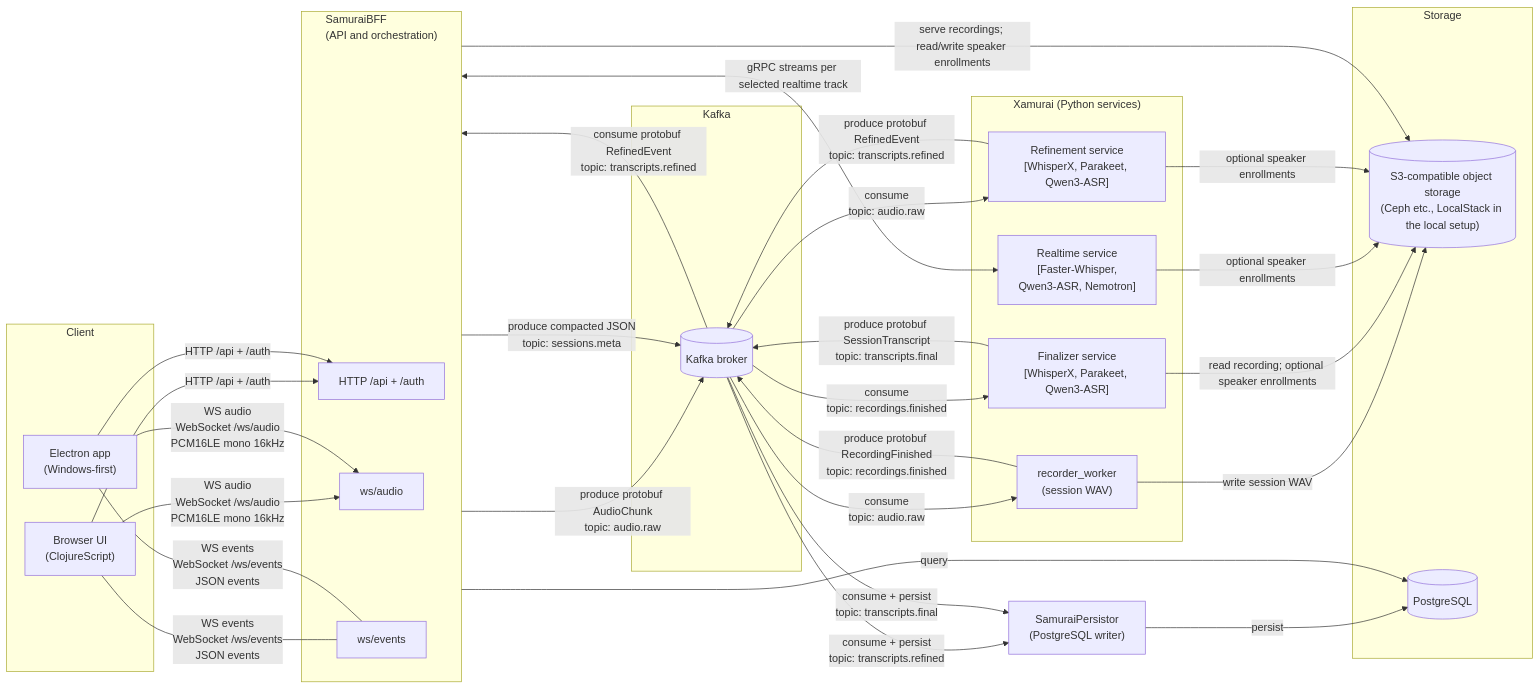
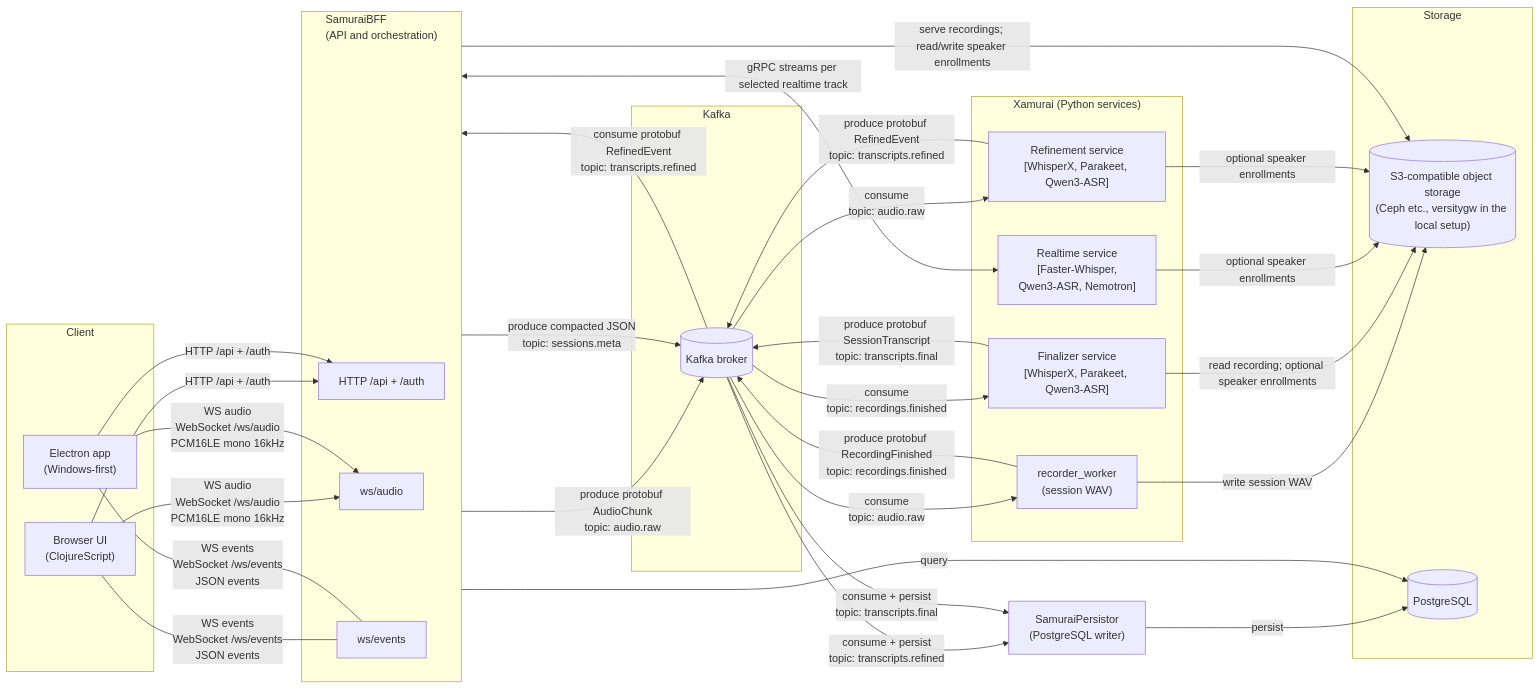
The diagram in README.md (nanosamurai/nanosamurai), drawn with Mermaid before and after one commit. The commit also changed other lines of this file and 9 other files, not shown here.

First line of the commit message:
Document the local storage upgrade

````diff
--- a/README.md
+++ b/README.md
@@ -60,63 +60,63 @@
 ```mermaid
 flowchart LR
     subgraph Client
         Browser["Browser UI<br/>(ClojureScript)"]
         Electron["Electron app<br/>(Windows-first)"]
     end
 
     subgraph SamuraiBFF["SamuraiBFF<br/>(API and orchestration)"]
         HTTP[HTTP /api + /auth]
         WSAudio[ws/audio]
         WSEvents[ws/events]
     end
 
     subgraph Xamurai["Xamurai (Python services)"]
         RealtimeService["Realtime service<br/>[Faster-Whisper,<br/>Qwen3-ASR, Nemotron]"]
         RefinementService["Refinement service<br/>[WhisperX, Parakeet, Qwen3-ASR]"]
         RecorderWorker["recorder_worker<br/>(session WAV)"]
         FinalizerService["Finalizer service<br/>[WhisperX, Parakeet, Qwen3-ASR]"]
     end
 
     Browser -->|HTTP /api + /auth| HTTP
     Browser -->|"WS audio<br/>WebSocket /ws/audio<br/>PCM16LE mono 16kHz"| WSAudio
     Browser ---|"WS events<br/>WebSocket /ws/events<br/>JSON events"| WSEvents
 
     Electron -->|HTTP /api + /auth| HTTP
     Electron -->|"WS audio<br/>WebSocket /ws/audio<br/>PCM16LE mono 16kHz"| WSAudio
     Electron ---|"WS events<br/>WebSocket /ws/events<br/>JSON events"| WSEvents
 
     SamuraiBFF <-->|"gRPC streams per selected realtime track"| RealtimeService
 
     subgraph Kafka["Kafka"]
         KafkaBroker[(Kafka broker)]
     end
 
     subgraph Storage["Storage"]
-        ObjectStore[("S3-compatible object storage<br/>(Ceph etc., LocalStack in the local setup)")]
+        ObjectStore[("S3-compatible object storage<br/>(Ceph etc., versitygw in the local setup)")]
         Postgres[(PostgreSQL)]
     end
 
     SamuraiBFF -->|"produce protobuf AudioChunk<br/>topic: audio.raw"| KafkaBroker
     SamuraiBFF -->|"produce compacted JSON<br/>topic: sessions.meta"| KafkaBroker
 
     KafkaBroker -->|"consume protobuf RefinedEvent<br/>topic: transcripts.refined"| SamuraiBFF
     KafkaBroker -->|"consume<br/>topic: audio.raw"| RefinementService
     RefinementService -->|"produce protobuf RefinedEvent<br/>topic: transcripts.refined"| KafkaBroker
 
     KafkaBroker -->|"consume<br/>topic: audio.raw"| RecorderWorker
     RecorderWorker -->|"produce protobuf RecordingFinished<br/>topic: recordings.finished"| KafkaBroker
 
     KafkaBroker -->|"consume<br/>topic: recordings.finished"| FinalizerService
     FinalizerService -->|"produce protobuf SessionTranscript<br/>topic: transcripts.final"| KafkaBroker
 
     RecorderWorker -->|"write session WAV"| ObjectStore
     FinalizerService -->|"read recording; optional speaker enrollments"| ObjectStore
     SamuraiBFF -->|"serve recordings; read/write speaker enrollments"| ObjectStore
     RealtimeService -->|"optional speaker enrollments"| ObjectStore
     RefinementService -->|"optional speaker enrollments"| ObjectStore
 
     KafkaBroker -->|"consume + persist<br/>topic: transcripts.refined"| Persistor["SamuraiPersistor<br/>(PostgreSQL writer)"]
     KafkaBroker -->|"consume + persist<br/>topic: transcripts.final"| Persistor
     Persistor -->|persist| Postgres
     SamuraiBFF -->|query| Postgres
 ```
````
